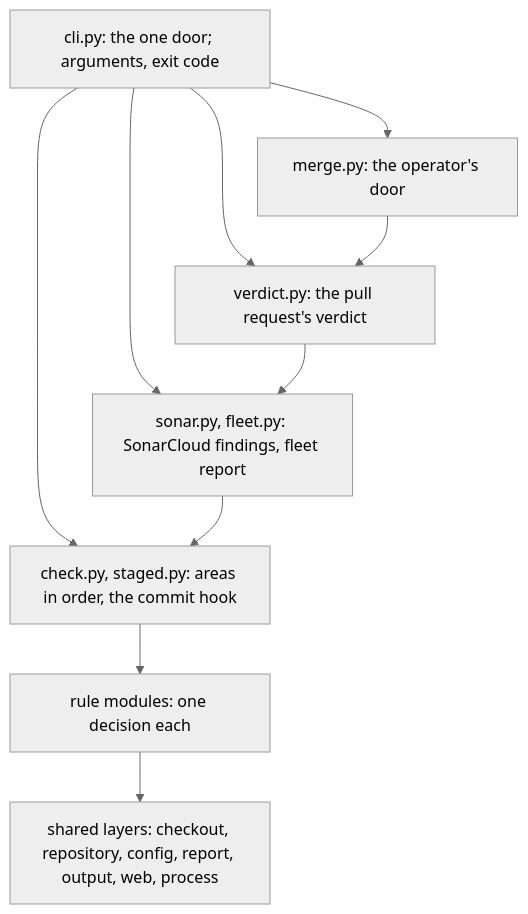
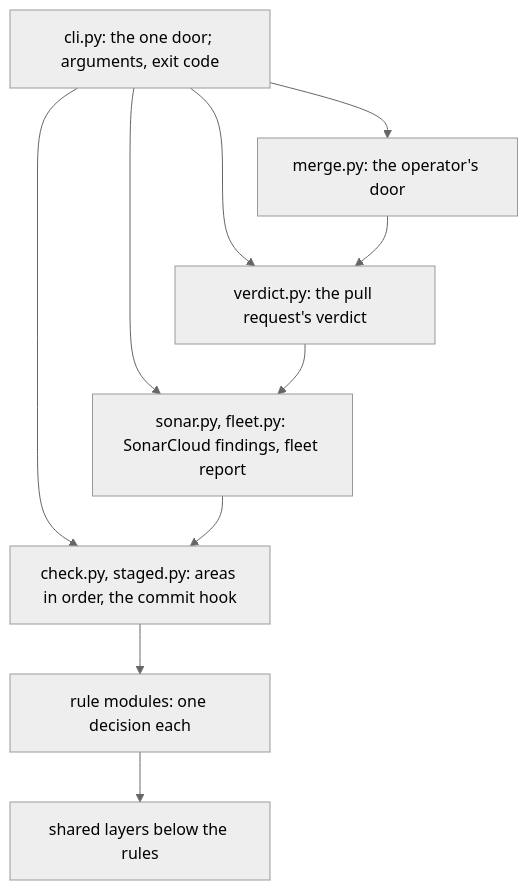
One commit to overnightworks/quality changed the second of 3 diagrams in docs/ARCHITECTURE.md. Above: the diagram before and after it, drawn with Mermaid (neutral theme). The commit also changed other lines of this file and 2 other files, not shown here.

Commit message:
Separate the ruled import-linter block, collapse the shared-layers node and restore the Docker clause

````diff
--- a/docs/ARCHITECTURE.md
+++ b/docs/ARCHITECTURE.md
@@ -41,19 +41,19 @@
 ```mermaid
 flowchart TB
     cli["cli.py: the one door; arguments, exit code"]
     door["merge.py: the operator's door"]
     verdict["verdict.py: the pull request's verdict"]
     reports["sonar.py, fleet.py: SonarCloud findings, fleet report"]
     check["check.py, staged.py: areas in order, the commit hook"]
     rules["rule modules: one decision each"]
-    shared["shared layers: checkout, repository, config, report, output, web, process"]
+    shared["shared layers below the rules"]
     cli --> door
     cli --> verdict
     cli --> reports
     cli --> check
     door --> verdict
     verdict --> reports
     reports --> check
     check --> rules
     rules --> shared
 ```
````
